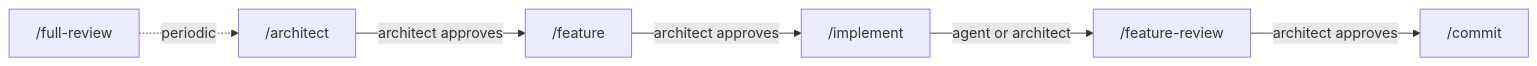
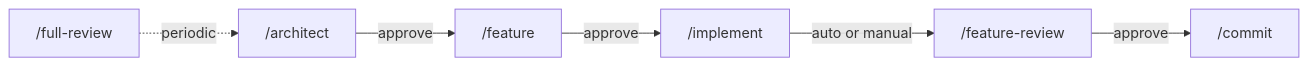
The diagram in docs/architecture.md (sjev/robodev), drawn with Mermaid before and after one commit. The commit also changed other lines of this file and 16 other files, not shown here.

````diff
--- a/docs/architecture.md
+++ b/docs/architecture.md
@@ -189,9 +64,8 @@
 ```mermaid
 flowchart LR
-    A["/architect"] -->|architect approves| B["/feature"]
-    B -->|architect approves| C["/implement"]
-    C -->|agent or architect| D["/feature-review"]
-    D -->|architect approves| E["/commit"]
-
+    A["/architect"] -->|approve| B["/feature"]
+    B -->|approve| C["/implement"]
+    C -->|auto or manual| D["/feature-review"]
+    D -->|approve| E["/commit"]
     F["/full-review"] -.->|periodic| A
 ```
````
